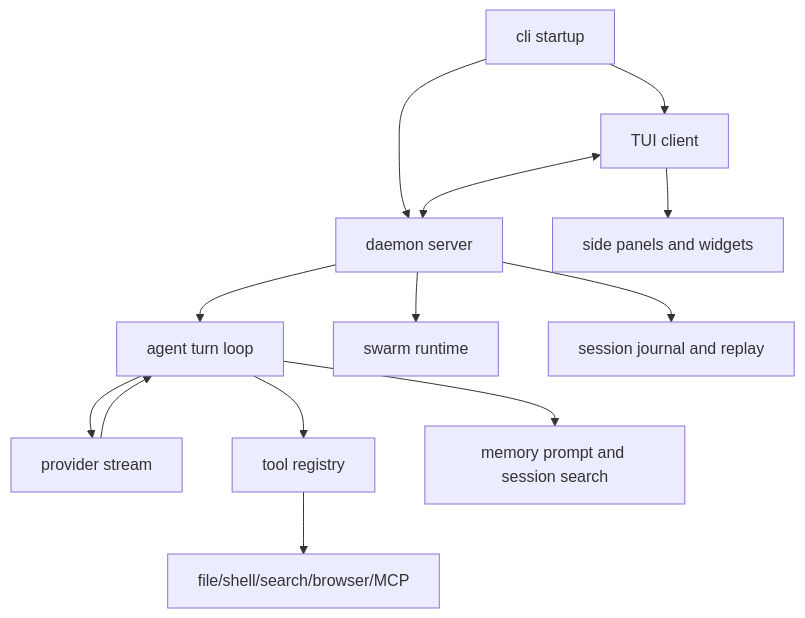
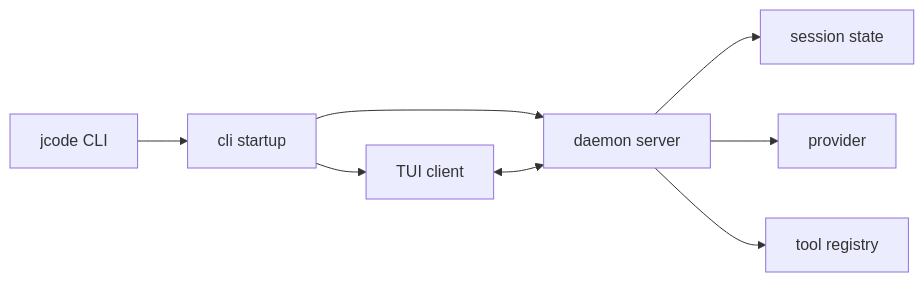
The diagram in README.md (Br1an67/learn-jcode), drawn with Mermaid before and after one commit. The commit also changed other lines of this file, not shown here.

````diff
--- a/README.md
+++ b/README.md
@@ -166,15 +137,10 @@
 ```mermaid
-flowchart TB
-  CLI[cli startup] --> Client[TUI client]
-  CLI --> Server[daemon server]
+flowchart LR
+  CLI[jcode CLI] --> Startup[cli startup]
+  Startup --> Server[daemon server]
+  Startup --> Client[TUI client]
   Client <--> Server
-  Server --> Agent[agent turn loop]
-  Agent --> Provider[provider stream]
-  Provider --> Agent
-  Agent --> Tools[tool registry]
-  Tools --> FS[file/shell/search/browser/MCP]
-  Agent --> Memory[memory prompt and session search]
-  Server --> Swarm[swarm runtime]
-  Server --> Sessions[session journal and replay]
-  Client --> TUI[side panels and widgets]
+  Server --> Session[session state]
+  Server --> Provider[provider]
+  Server --> Tools[tool registry]
 ```
````
